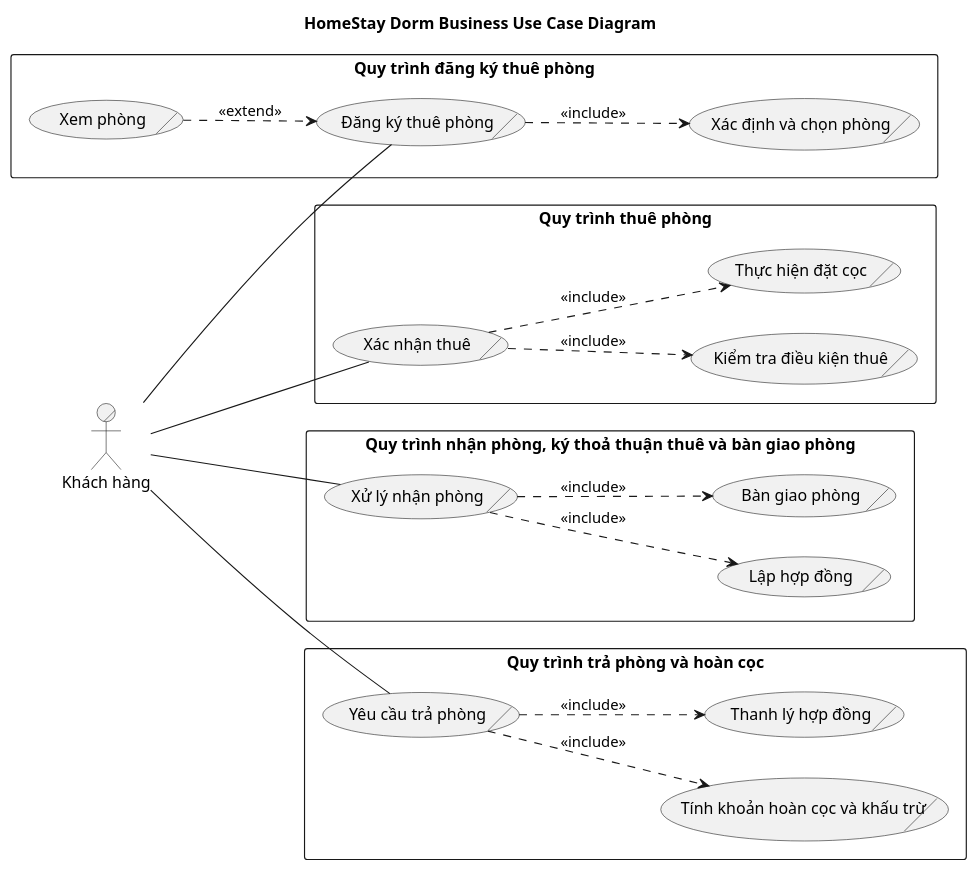
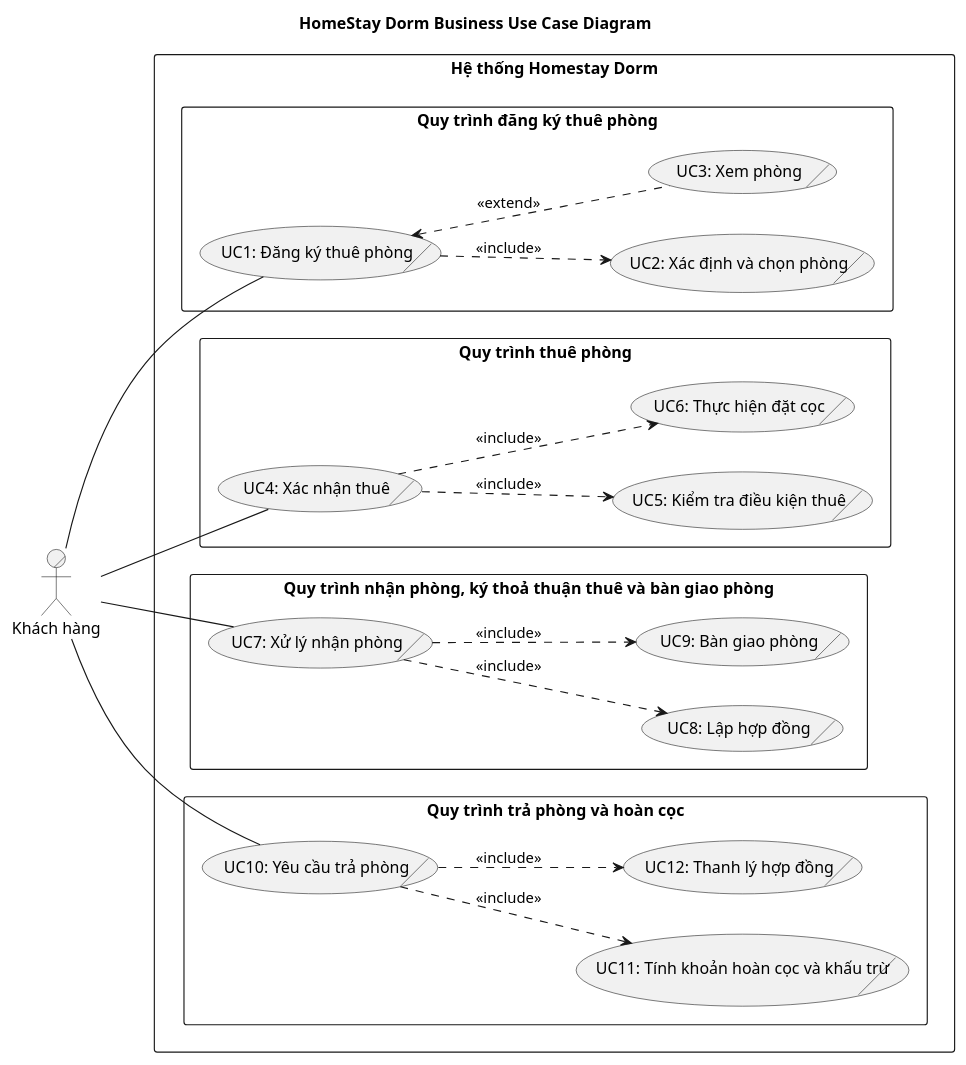
Before and after one commit to Gnourt812005/HCMUS-Analyze-and-desgin-IS: the diagram in doc/business/use-case/main_usecase_diagram.wsd, drawn with PlantUML. The commit also changed 2 other files, not shown here.

Commit message:
refactor(use-case): add system boundary, add UC id

```diff
--- a/doc/business/use-case/main_usecase_diagram.wsd
+++ b/doc/business/use-case/main_usecase_diagram.wsd
@@ -1,58 +1,60 @@
 @startuml BusinessUsecase
 title HomeStay Dorm Business Use Case Diagram
 skinparam packageStyle rectangle
 
 ' Direction
 left to right direction
 
 ' Define B.Actors
 actor/ "Khách hàng" as customer
 
+rectangle "Hệ thống Homestay Dorm" {
+	rectangle "Quy trình đăng ký thuê phòng" {
+		usecase/ "UC1: Đăng ký thuê phòng" as UC_DangKyThuePhong
+		usecase/ "UC2: Xác định và chọn phòng" as UC_XacDinhVaChonPhong
+		usecase/ "UC3: Xem phòng" as UC_XemPhong
 
-rectangle "Quy trình đăng ký thuê phòng" {
-	usecase/ "Đăng ký thuê phòng" as UC_DangKyThuePhong
-	usecase/ "Xác định và chọn phòng" as UC_XacDinhVaChonPhong
-	usecase/ "Xem phòng" as UC_XemPhong
+		' Use Case Relationships
+		UC_DangKyThuePhong ..> UC_XacDinhVaChonPhong : <<include>>
+		UC_DangKyThuePhong <.. UC_XemPhong : <<extend>>
+	}
 
-	' Use Case Relationships
-	UC_DangKyThuePhong ..> UC_XacDinhVaChonPhong : <<include>>
-	UC_XemPhong ..> UC_DangKyThuePhong : <<extend>>
+	rectangle "Quy trình thuê phòng" {
+		usecase/ "UC4: Xác nhận thuê" as UC_XacNhanThue
+		usecase/ "UC5: Kiểm tra điều kiện thuê" as UC_KiemTraDieuKienThue
+		usecase/ "UC6: Thực hiện đặt cọc" as UC_ThucHienDatCoc
+
+		' Use Case Relationships
+		UC_XacNhanThue ..> UC_KiemTraDieuKienThue : <<include>>
+		UC_XacNhanThue ..> UC_ThucHienDatCoc : <<include>>
+	}
+
+	rectangle "Quy trình nhận phòng, ký thoả thuận thuê và bàn giao phòng" {
+		usecase/ "UC7: Xử lý nhận phòng" as UC_XuLyNhanPhong
+		usecase/ "UC8: Lập hợp đồng" as UC_KyHopDong
+		usecase/ "UC9: Bàn giao phòng" as UC_BanGiaoPhong
+
+		' Use Case Relationships
+		UC_XuLyNhanPhong ..> UC_KyHopDong : <<include>>
+		UC_XuLyNhanPhong ..> UC_BanGiaoPhong : <<include>>
+	}
+
+	rectangle "Quy trình trả phòng và hoàn cọc" {
+		usecase/ "UC10: Yêu cầu trả phòng" as UC_YeuCauTraPhong
+		usecase/ "UC11: Tính khoản hoàn cọc và khấu trừ" as UC_TinhHoanCocKhauTru
+		usecase/ "UC12: Thanh lý hợp đồng" as UC_ThanhLyHopDong
+
+		' Use Case Relationships
+		UC_YeuCauTraPhong ..> UC_TinhHoanCocKhauTru : <<include>>
+		UC_YeuCauTraPhong ..> UC_ThanhLyHopDong : <<include>>
+	}
 }
 
-rectangle "Quy trình thuê phòng" {
-	usecase/ "Xác nhận thuê" as UC_XacNhanThue
-	usecase/ "Kiểm tra điều kiện thuê" as UC_KiemTraDieuKienThue
-	usecase/ "Thực hiện đặt cọc" as UC_ThucHienDatCoc
-
-	' Use Case Relationships
-	UC_XacNhanThue ..> UC_KiemTraDieuKienThue : <<include>>
-	UC_XacNhanThue ..> UC_ThucHienDatCoc : <<include>>
-}
-
-rectangle "Quy trình nhận phòng, ký thoả thuận thuê và bàn giao phòng" {
-	usecase/ "Xử lý nhận phòng" as UC_XuLyNhanPhong
-	usecase/ "Lập hợp đồng" as UC_KyHopDong
-	usecase/ "Bàn giao phòng" as UC_BanGiaoPhong
-
-	' Use Case Relationships
-	UC_XuLyNhanPhong ..> UC_KyHopDong : <<include>>
-	UC_XuLyNhanPhong ..> UC_BanGiaoPhong : <<include>>
-}
-
-rectangle "Quy trình trả phòng và hoàn cọc" {
-	usecase/ "Yêu cầu trả phòng" as UC_YeuCauTraPhong
-	usecase/ "Tính khoản hoàn cọc và khấu trừ" as UC_TinhHoanCocKhauTru
-	usecase/ "Thanh lý hợp đồng" as UC_ThanhLyHopDong
-
-	' Use Case Relationships
-	UC_YeuCauTraPhong ..> UC_TinhHoanCocKhauTru : <<include>>
-	UC_YeuCauTraPhong ..> UC_ThanhLyHopDong : <<include>>
-}
 
 ' Actor - Main Use Cases Associations
 customer -- UC_DangKyThuePhong
 customer -- UC_XacNhanThue
 customer -- UC_XuLyNhanPhong
 customer -- UC_YeuCauTraPhong
 
 @enduml
```
